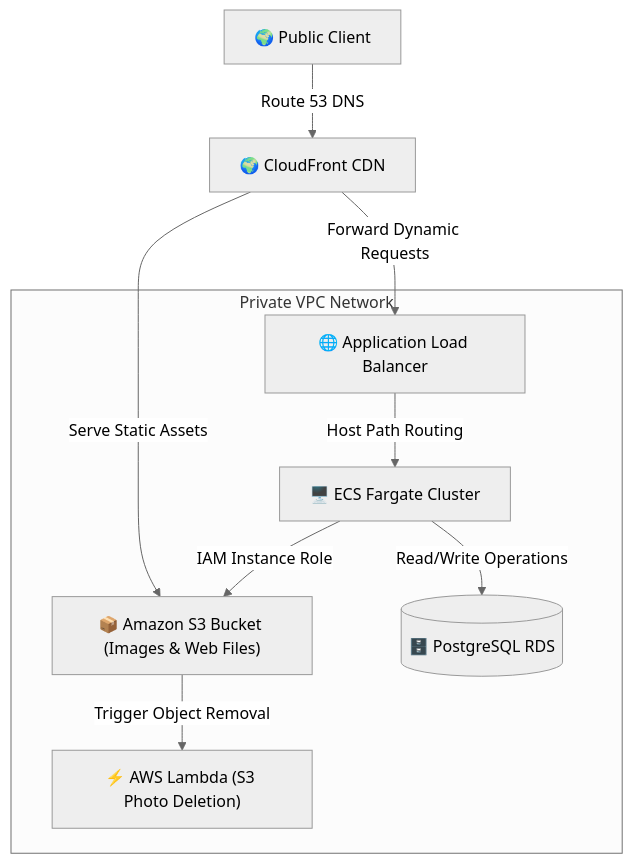
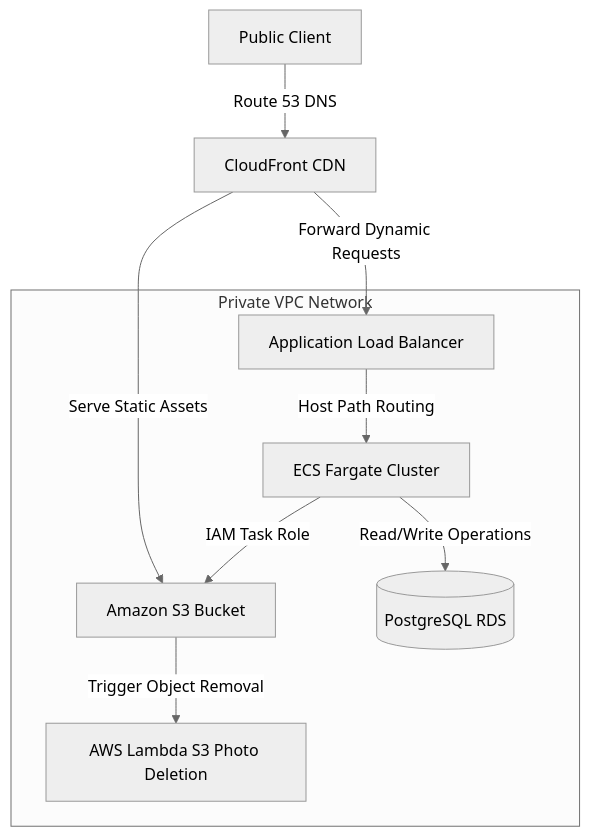
Before and after one commit to valivarthi007/sunotal_fullstk: the diagram in docs/aws_cheatsheet.md, drawn with Mermaid (neutral theme). The commit also changed 14 other files, not shown here.

Commit message:
docs: fix mermaid architecture diagram syntax across all documentation files

````diff
--- a/docs/aws_cheatsheet.md
+++ b/docs/aws_cheatsheet.md
@@ -9,13 +9,13 @@
 ```mermaid
 graph TD
-    User["🌍 Public Client"] -->|Route 53 DNS| CF["🌍 CloudFront CDN"]
-    CF -->|Forward Dynamic Requests| ALB["🌐 Application Load Balancer"]
-    CF -->|Serve Static Assets| S3["📦 Amazon S3 Bucket (Images & Web Files)"]
+    User["Public Client"] -->|"Route 53 DNS"| CF["CloudFront CDN"]
+    CF -->|"Forward Dynamic Requests"| ALB["Application Load Balancer"]
+    CF -->|"Serve Static Assets"| S3["Amazon S3 Bucket"]
     
-    subgraph "Private VPC Network"
-        ALB -->|Host Path Routing| Fargate["🖥️ ECS Fargate Cluster"]
-        Fargate -->|Read/Write Operations| RDS[("🗄️ PostgreSQL RDS")]
-        Fargate -->|IAM Instance Role| S3
-        S3 -->|Trigger Object Removal| Lambda["⚡ AWS Lambda (S3 Photo Deletion)"]
+    subgraph VPCNetwork["Private VPC Network"]
+        ALB -->|"Host Path Routing"| Fargate["ECS Fargate Cluster"]
+        Fargate -->|"Read/Write Operations"| RDS[("PostgreSQL RDS")]
+        Fargate -->|"IAM Task Role"| S3
+        S3 -->|"Trigger Object Removal"| Lambda["AWS Lambda S3 Photo Deletion"]
     end
 ```
````
